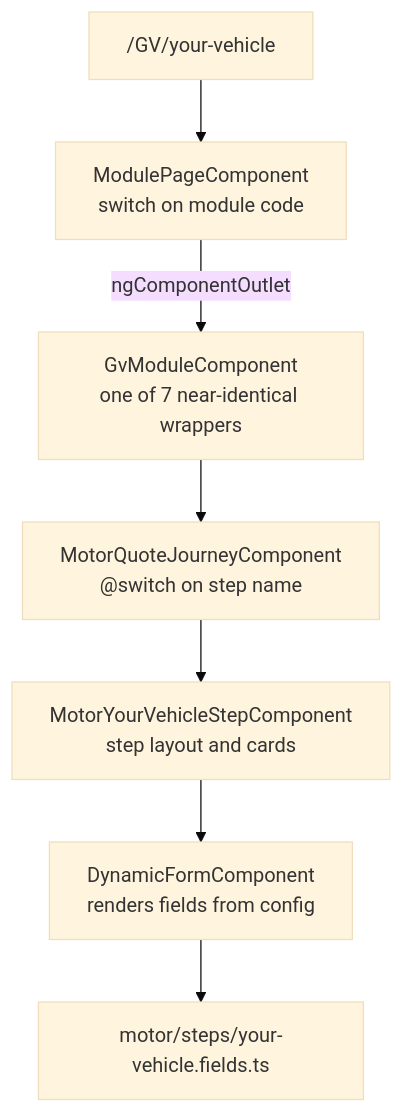
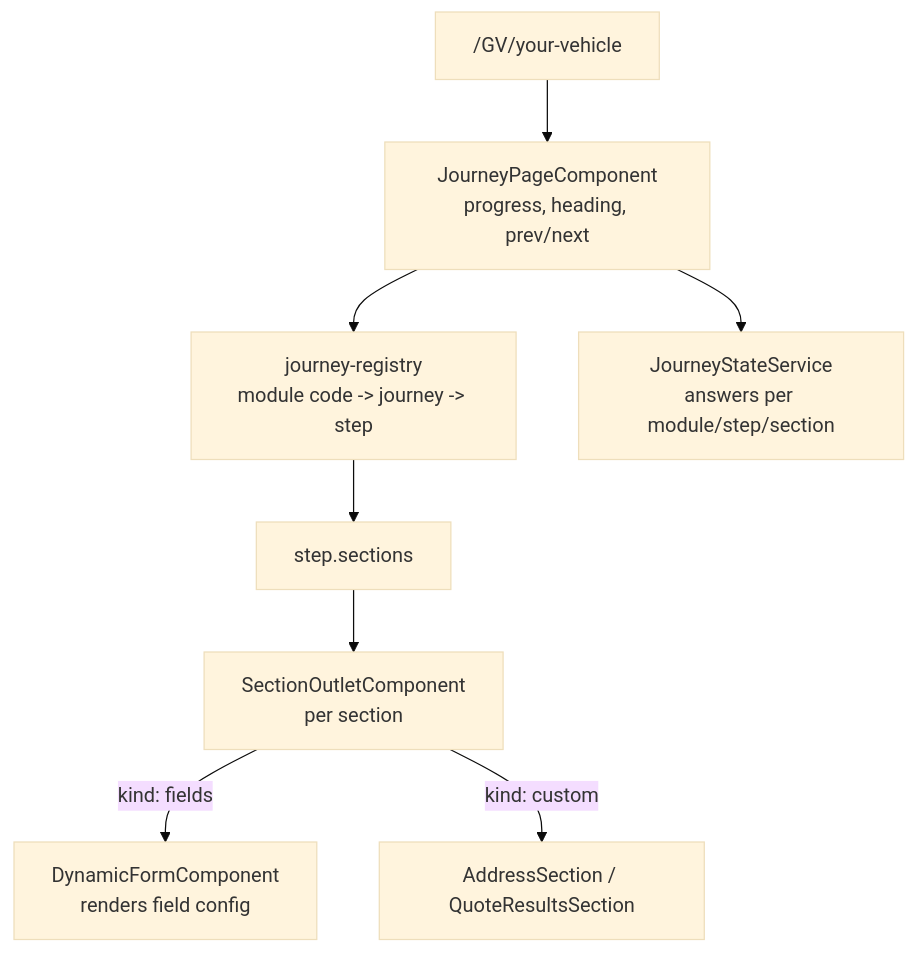
The diagram in README.md (radoslavtomas/ng-quickbuy), drawn with Mermaid (base theme) before and after one commit. The commit also changed other lines of this file, not shown here.

First line of the commit message:
Update README for the registry-driven journey architecture

````diff
--- a/README.md
+++ b/README.md
@@ -106,9 +109,10 @@
 ```mermaid
 flowchart TD
-  Route["/GV/your-vehicle"] --> MP["ModulePageComponent<br/>switch on module code"]
-  MP -->|ngComponentOutlet| BM["GvModuleComponent<br/>one of 7 near-identical wrappers"]
-  BM --> JC["MotorQuoteJourneyComponent<br/>@switch on step name"]
-  JC --> SC["MotorYourVehicleStepComponent<br/>step layout and cards"]
-  SC --> DF["DynamicFormComponent<br/>renders fields from config"]
-  DF --> CFG["motor/steps/your-vehicle.fields.ts"]
+  Route["/GV/your-vehicle"] --> JP["JourneyPageComponent<br/>progress, heading, prev/next"]
+  JP --> REG["journey-registry<br/>module code -> journey -> step"]
+  REG --> SEC["step.sections"]
+  SEC --> SO["SectionOutletComponent<br/>per section"]
+  SO -->|kind: fields| DF["DynamicFormComponent<br/>renders field config"]
+  SO -->|kind: custom| CUS["AddressSection / QuoteResultsSection"]
+  JP --> ST["JourneyStateService<br/>answers per module/step/section"]
 ```
````
